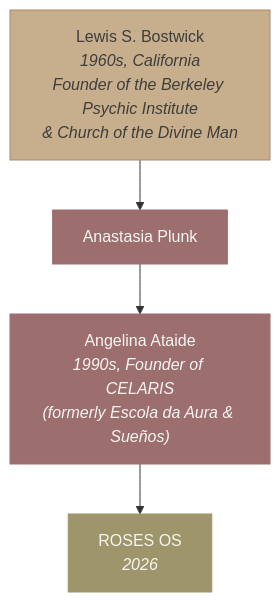
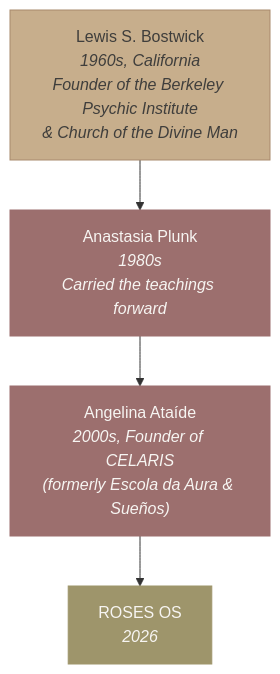
The third of 28 diagrams in docs/brand/brand-dna.md (Light-Brands/roses-os), drawn with Mermaid before and after one commit. The commit also changed other lines of this file, not shown here.

````diff
--- a/docs/brand/brand-dna.md
+++ b/docs/brand/brand-dna.md
@@ -128,11 +141,11 @@
 ```mermaid
 graph TD
-    LB["Lewis S. Bostwick<br/><i>1960s, California<br/>Founder of the Berkeley Psychic Institute<br/>& Church of the Divine Man</i>"] --> AP["Anastasia Plunk"]
-    AP --> AA["Angelina Ataide<br/><i>1990s, Founder of CELARIS<br/>(formerly Escola da Aura & Sueños)</i>"]
+    LB["Lewis S. Bostwick<br/><i>1960s, California<br/>Founder of the Berkeley Psychic Institute<br/>& Church of the Divine Man</i>"] --> AP["Anastasia Plunk<br/><i>1980s<br/>Carried the teachings forward</i>"]
+    AP --> AA["Angelina Ataíde<br/><i>2000s, Founder of CELARIS<br/>(formerly Escola da Aura & Sueños)</i>"]
     AA --> ROS["ROSES OS<br/><i>2026</i>"]
 
     style LB fill:#C7AE8C,color:#3F3E3C,stroke:#A8896D
     style AP fill:#9C6F6E,color:#F7F5F2,stroke:#9C6F6E
     style AA fill:#9C6F6E,color:#F7F5F2,stroke:#9C6F6E
     style ROS fill:#9E956B,color:#F7F5F2,stroke:#9E956B
 ```
````
